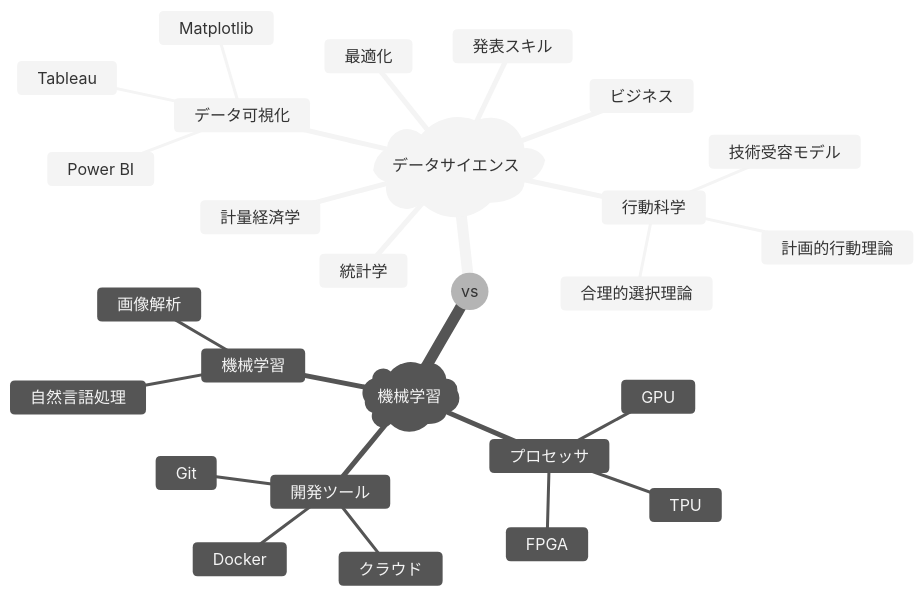
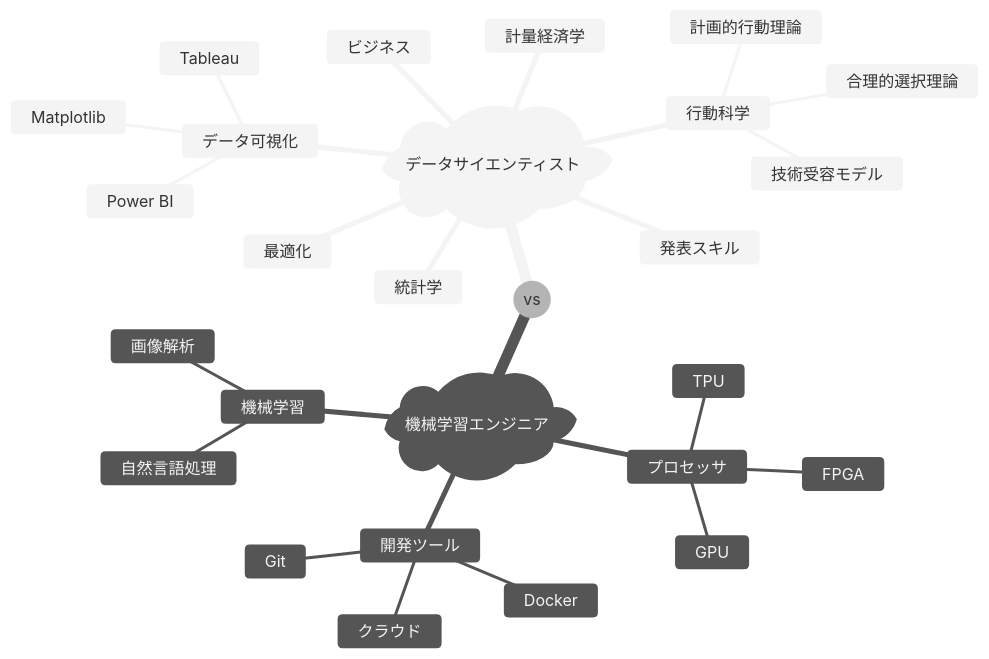
Before and after one commit to srctaha/how-to-become-data-scientist: the diagram in mermaid/ds_vs_ml.mmd, drawn with Mermaid. The commit also changed 7 other files, not shown here.

```diff
--- a/mermaid/ds_vs_ml.mmd
+++ b/mermaid/ds_vs_ml.mmd
@@ -1,40 +1,40 @@
 %%{init: {'theme': 'neutral'}}%%
 
 mindmap
   root((vs))
-    id)データサイエンス(
+    id)データサイエンティスト(
       統計学
       ::icon(fa fa-square-root-alt)
       計量経済学
       ::icon(fa fa-money-bill-alt)
       データ可視化
       ::icon(fa fa-chart-bar)
         Matplotlib
         Tableau
         Power BI
       発表スキル
       ::icon(fa fa-file-powerpoint)
       最適化
       ::icon(fa fa-calculator)
       行動科学
       ::icon(fa fa-users)
         計画的行動理論
         合理的選択理論
         技術受容モデル
       ビジネス
       ::icon(fa fa-briefcase)
-    id)機械学習(
+    id)機械学習エンジニア(
       プロセッサ
       ::icon(fa fa-microchip)
         GPU
         TPU
         FPGA
       開発ツール
       ::icon(fa fa-keyboard)
         Git
         Docker
         クラウド
       機械学習
       ::icon(fa fa-robot)
         自然言語処理
         画像解析
```
